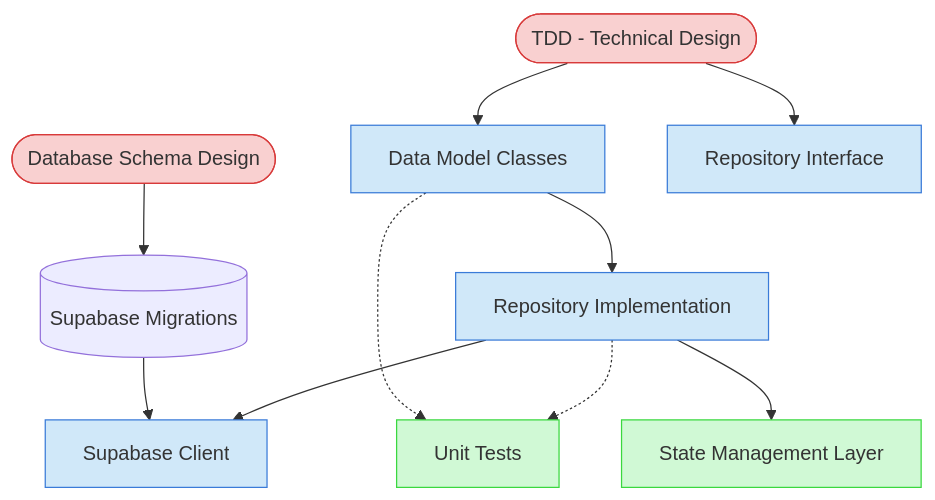
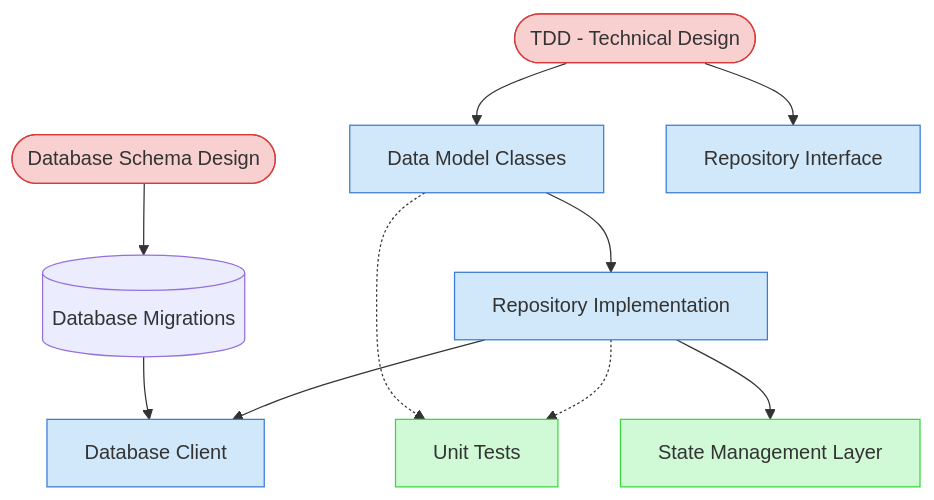
One commit to Abtomation/LinkWatcher changed the diagram in doc/process-framework/visualization/context-maps/04-implementation/data-layer-implementation-map.md. Above: the diagram before and after it, drawn with Mermaid. The commit also changed other lines of this file and 332 other files, not shown here.

````diff
--- a/doc/process-framework/visualization/context-maps/04-implementation/data-layer-implementation-map.md
+++ b/doc/process-framework/visualization/context-maps/04-implementation/data-layer-implementation-map.md
@@ -20,20 +20,20 @@
 ```mermaid
 graph TD
     classDef critical fill:#f9d0d0,stroke:#d83a3a
     classDef important fill:#d0e8f9,stroke:#3a7bd8
     classDef reference fill:#d0f9d5,stroke:#3ad83f
 
     TDD([TDD - Technical Design]) --> DataModels[Data Model Classes]
-    DBSchema([Database Schema Design]) --> Migrations[(Supabase Migrations)]
+    DBSchema([Database Schema Design]) --> Migrations[(Database Migrations)]
     TDD --> RepoInterface[Repository Interface]
     DataModels --> RepoImpl[Repository Implementation]
-    RepoImpl --> SupabaseClient[Supabase Client]
-    Migrations --> SupabaseClient
+    RepoImpl --> DBClient[Database Client]
+    Migrations --> DBClient
     RepoImpl -.-> Tests[Unit Tests]
     DataModels -.-> Tests
     RepoImpl --> StateLayer[State Management Layer]
 
     class TDD,DBSchema critical
-    class DataModels,RepoInterface,RepoImpl,SupabaseClient important
+    class DataModels,RepoInterface,RepoImpl,DBClient important
     class Tests,StateLayer reference
 ```
````
